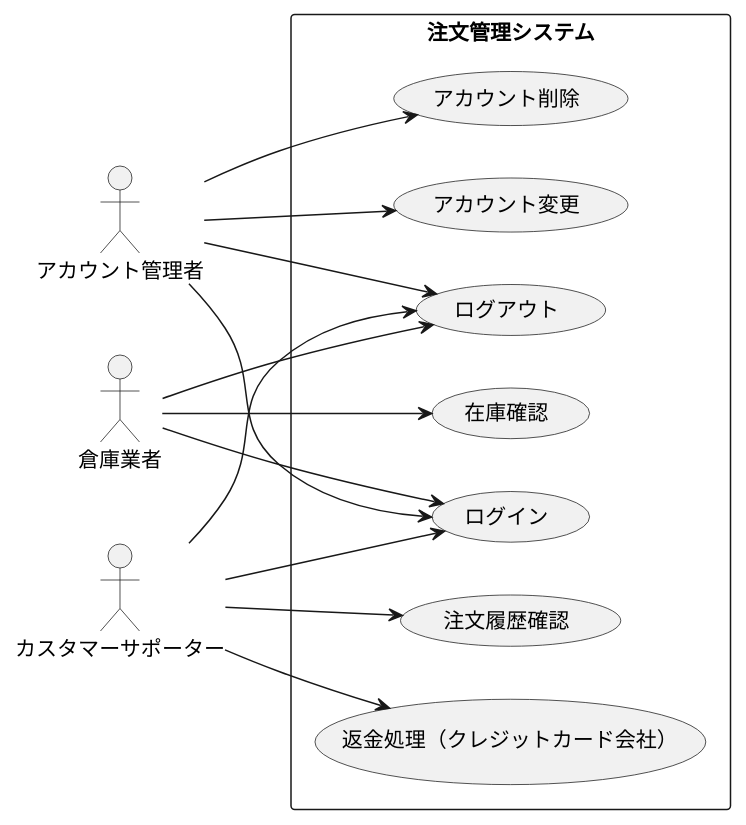
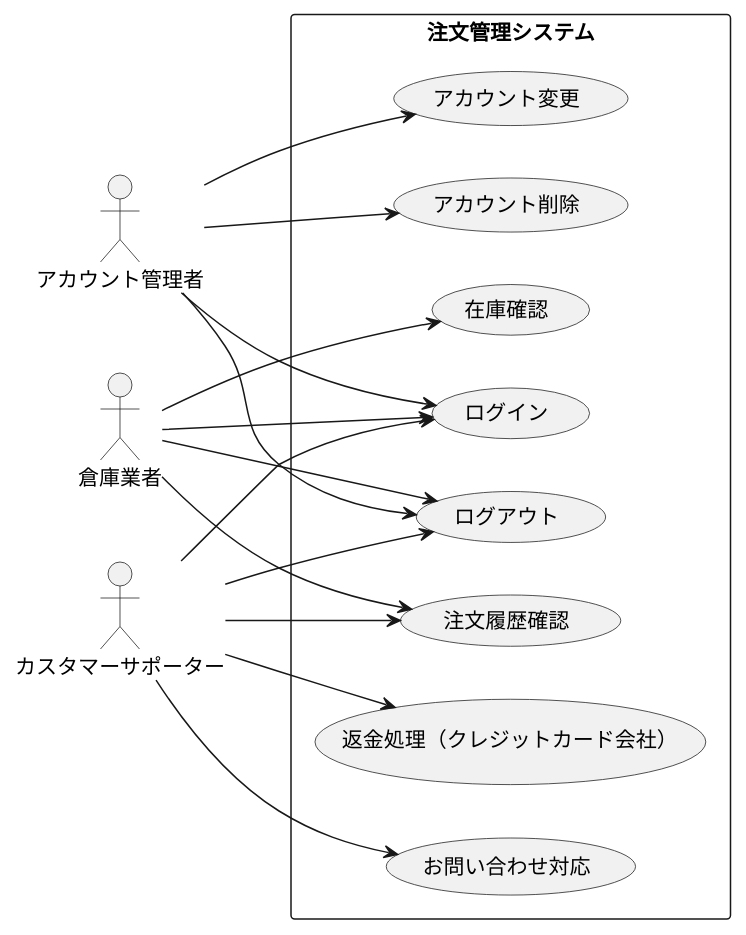
Before and after one commit to ko246/ohara_uml: the diagram in group/3-3_総合演習1_BBショップ注文管理システム/ユースケース図/usecase_kanri.pu, drawn with PlantUML. The commit also changed 5 other files, not shown here.

```diff
--- a/group/3-3_総合演習1_BBショップ注文管理システム/ユースケース図/usecase_kanri.pu
+++ b/group/3-3_総合演習1_BBショップ注文管理システム/ユースケース図/usecase_kanri.pu
@@ -1,36 +1,39 @@
 @startuml 注文管理システム
 left to right direction
 
 ' アクター定義
 actor アカウント管理者
 actor 倉庫業者
 actor カスタマーサポーター
 
 rectangle 注文管理システム {
   usecase "ログイン" as UC_Login
   usecase "ログアウト" as UC_Logout
   usecase "注文履歴確認" as UC_CheckHistory
   usecase "在庫確認" as UC_CheckStock
   usecase "返金処理（クレジットカード会社）" as UC_Refund
+  usecase "お問い合わせ対応" as UC_HandleInquiry
   usecase "アカウント変更" as UC_UpdateAccount
   usecase "アカウント削除" as UC_DeleteAccount
 }
 
 ' システム管理者のユースケース
 アカウント管理者 --> UC_Login
 アカウント管理者 --> UC_Logout
 アカウント管理者 --> UC_UpdateAccount
 アカウント管理者 --> UC_DeleteAccount
 
 ' カスタマーサポーターのユースケース
 カスタマーサポーター --> UC_Login
 カスタマーサポーター --> UC_Logout
 カスタマーサポーター --> UC_CheckHistory
 カスタマーサポーター --> UC_Refund
+カスタマーサポーター --> UC_HandleInquiry
 
 ' 配送業者のユースケース
 倉庫業者 --> UC_Login
 倉庫業者 --> UC_Logout
 倉庫業者 --> UC_CheckStock
+倉庫業者 --> UC_CheckHistory
 
 @enduml
```
